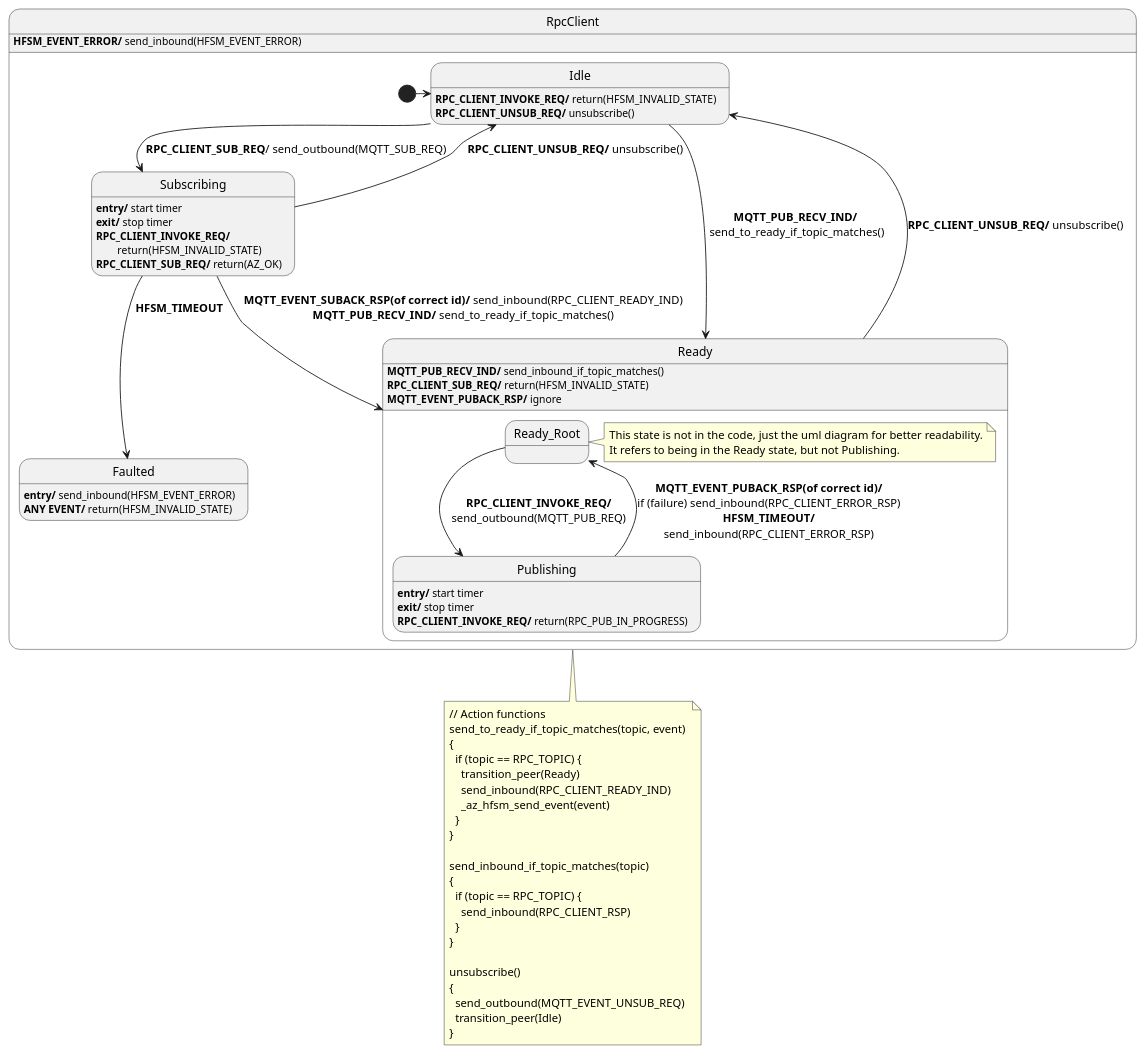
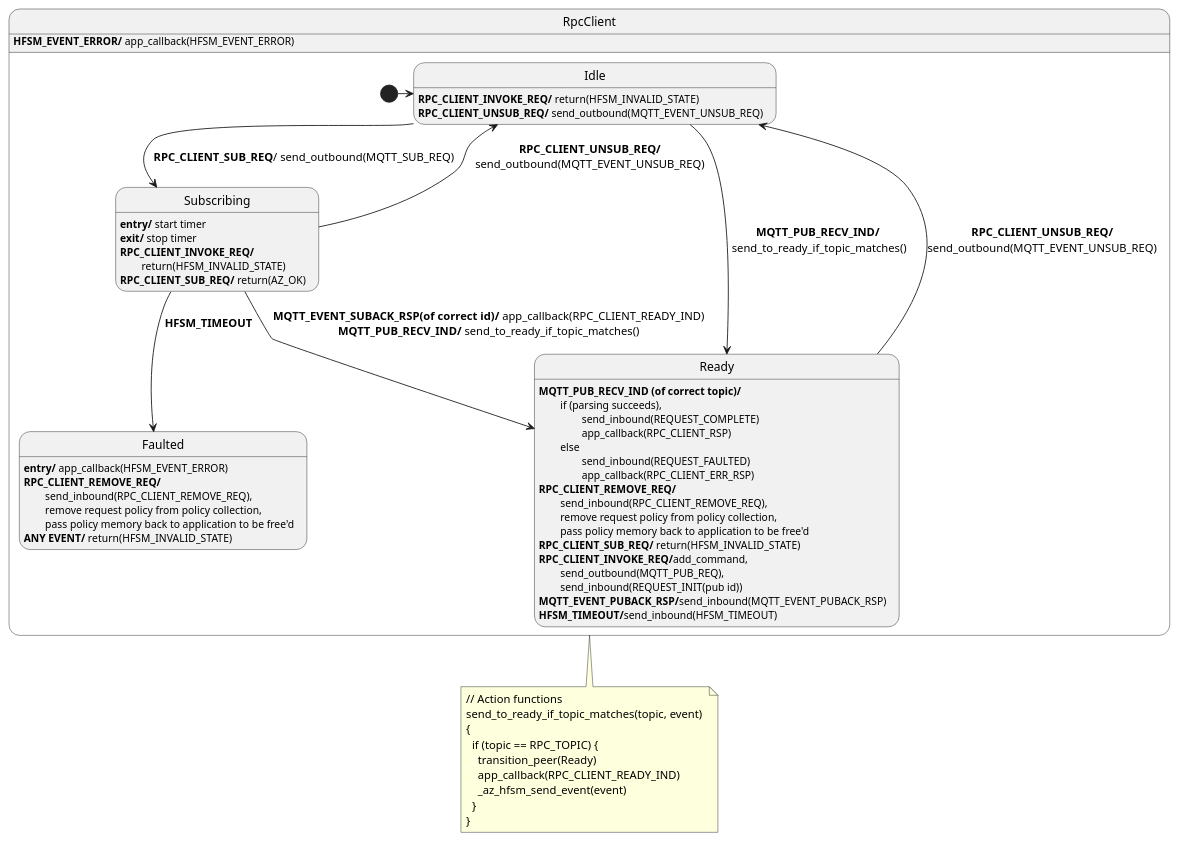
One commit to Azure/azure-sdk-for-c changed the diagram in sdk/docs/core/resources/mqtt_rpc_client.puml. Above: the diagram before and after it, drawn with PlantUML. The commit also changed 26 other files, not shown here.

First line of the commit message:
[HFSM] [RPC] Handle Pending Requests in SDK and Enable Multiple Requests at a Time (#2751)

```diff
--- a/sdk/docs/core/resources/mqtt_rpc_client.puml
+++ b/sdk/docs/core/resources/mqtt_rpc_client.puml
@@ -1,76 +1,52 @@
 @startuml
 ' ignore these as handled outside of this diagram: MQTT_EVENT_CONNECT_REQ, MQTT_EVENT_CONNECT_RSP, MQTT_EVENT_DISCONNECT_REQ, MQTT_EVENT_DISCONNECT_RSP
 ' Assumptions:
 ' 0. Unknown events are forwarded (in their original direction, either inbound or outbound).
 ' 1. If RPC_CLIENT_READY_IND hasn't already been sent, RPC_CLIENT_SUB_REQ is guaranteed to respond with either RPC_CLIENT_READY_IND, or HFSM_EVENT_ERROR if the subscribe request timed out.
 ' 2. RPC_CLIENT_READY_IND will not be sent more than once unless the client unsubscribes or gets unsubscribed.
-' 3. send_inbound, send_outbound are used to send information to the app and network respectively.
+' 3. app_callback, send_inbound, send_outbound are used to send information to the app, request policy collection, and network respectively.
 
 state RpcClient {
   state Idle
   Idle : <b>RPC_CLIENT_INVOKE_REQ/</b> return(HFSM_INVALID_STATE)
-  Idle : <b>RPC_CLIENT_UNSUB_REQ/</b> unsubscribe()
+  Idle : <b>RPC_CLIENT_UNSUB_REQ/</b> send_outbound(MQTT_EVENT_UNSUB_REQ)
 
   state Faulted
-  Faulted : <b>entry/</b> send_inbound(HFSM_EVENT_ERROR)
+  Faulted : <b>entry/</b> app_callback(HFSM_EVENT_ERROR)
+  Faulted : <b>RPC_CLIENT_REMOVE_REQ/</b>\n\tsend_inbound(RPC_CLIENT_REMOVE_REQ),\n\tremove request policy from policy collection,\n\tpass policy memory back to application to be free'd
   Faulted : <b>ANY EVENT/</b> return(HFSM_INVALID_STATE)
     
   state Subscribing
   Subscribing : <b>entry/</b> start timer
   Subscribing : <b>exit/</b> stop timer
   Subscribing : <b>RPC_CLIENT_INVOKE_REQ/</b>\n\treturn(HFSM_INVALID_STATE)
   Subscribing : <b>RPC_CLIENT_SUB_REQ/</b> return(AZ_OK) 
-  
-  state Ready {
-    state Ready_Root
-    note right of Ready_Root
-      This state is not in the code, just the uml diagram for better readability.
-      It refers to being in the Ready state, but not Publishing.
-    end note
-    state Publishing
-    Publishing : <b>entry/</b> start timer
-    Publishing : <b>exit/</b> stop timer
-    Publishing : <b>RPC_CLIENT_INVOKE_REQ/</b> return(RPC_PUB_IN_PROGRESS)
-
-    Ready_Root -> Publishing : <b>RPC_CLIENT_INVOKE_REQ/</b>\nsend_outbound(MQTT_PUB_REQ)
-    Publishing --> Ready_Root : <b>MQTT_EVENT_PUBACK_RSP(of correct id)/</b>\nif (failure) send_inbound(RPC_CLIENT_ERROR_RSP)\n<b>HFSM_TIMEOUT/</b>\nsend_inbound(RPC_CLIENT_ERROR_RSP)
-  }
-  Ready : <b>MQTT_PUB_RECV_IND/</b> send_inbound_if_topic_matches()
-  Ready : <b>RPC_CLIENT_SUB_REQ/</b> return(HFSM_INVALID_STATE)
-  Ready : <b>MQTT_EVENT_PUBACK_RSP/</b> ignore
 
   [*] -> Idle
   Idle --> Subscribing : <b>RPC_CLIENT_SUB_REQ</b>/ send_outbound(MQTT_SUB_REQ)
   Idle --> Ready : <b>MQTT_PUB_RECV_IND/</b>\n send_to_ready_if_topic_matches()
   Subscribing --> Faulted : <b>HFSM_TIMEOUT</b>
-  Subscribing --> Ready : <b>MQTT_EVENT_SUBACK_RSP(of correct id)/</b> send_inbound(RPC_CLIENT_READY_IND)\n<b>MQTT_PUB_RECV_IND/</b> send_to_ready_if_topic_matches()
-  Ready --> Idle : <b>RPC_CLIENT_UNSUB_REQ/</b> unsubscribe()
-  Subscribing --> Idle : <b>RPC_CLIENT_UNSUB_REQ/</b> unsubscribe()
+  Subscribing --> Ready : <b>MQTT_EVENT_SUBACK_RSP(of correct id)/</b> app_callback(RPC_CLIENT_READY_IND)\n<b>MQTT_PUB_RECV_IND/</b> send_to_ready_if_topic_matches()
+  Ready --> Idle : <b>RPC_CLIENT_UNSUB_REQ/</b>\nsend_outbound(MQTT_EVENT_UNSUB_REQ)
+  Subscribing --> Idle : <b>RPC_CLIENT_UNSUB_REQ/</b>\nsend_outbound(MQTT_EVENT_UNSUB_REQ)
 
+  Ready : <b>MQTT_PUB_RECV_IND (of correct topic)/</b>\n\tif (parsing succeeds),\n\t\tsend_inbound(REQUEST_COMPLETE)\n\t\tapp_callback(RPC_CLIENT_RSP)\n\telse\n\t\tsend_inbound(REQUEST_FAULTED)\n\t\tapp_callback(RPC_CLIENT_ERR_RSP)
+  Ready : <b>RPC_CLIENT_REMOVE_REQ/</b>\n\tsend_inbound(RPC_CLIENT_REMOVE_REQ),\n\tremove request policy from policy collection,\n\tpass policy memory back to application to be free'd
+  Ready : <b>RPC_CLIENT_SUB_REQ/</b> return(HFSM_INVALID_STATE)
+  Ready : <b>RPC_CLIENT_INVOKE_REQ/</b>add_command,\n\tsend_outbound(MQTT_PUB_REQ),\n\tsend_inbound(REQUEST_INIT(pub id))
+  Ready : <b>MQTT_EVENT_PUBACK_RSP/</b>send_inbound(MQTT_EVENT_PUBACK_RSP)
+  Ready : <b>HFSM_TIMEOUT/</b>send_inbound(HFSM_TIMEOUT)
 }
-RpcClient : <b>HFSM_EVENT_ERROR/</b> send_inbound(HFSM_EVENT_ERROR)
+RpcClient : <b>HFSM_EVENT_ERROR/</b> app_callback(HFSM_EVENT_ERROR)
 note bottom of RpcClient
   // Action functions
   send_to_ready_if_topic_matches(topic, event) 
   {
     if (topic == RPC_TOPIC) {
       transition_peer(Ready)
-      send_inbound(RPC_CLIENT_READY_IND)
+      app_callback(RPC_CLIENT_READY_IND)
       _az_hfsm_send_event(event)
     }
   }
-
-  send_inbound_if_topic_matches(topic) 
-  {
-    if (topic == RPC_TOPIC) {
-      send_inbound(RPC_CLIENT_RSP)
-    }
-  }
-
-  unsubscribe() 
-  {
-    send_outbound(MQTT_EVENT_UNSUB_REQ)
-    transition_peer(Idle)
-  }
 end note
 @enduml
```
